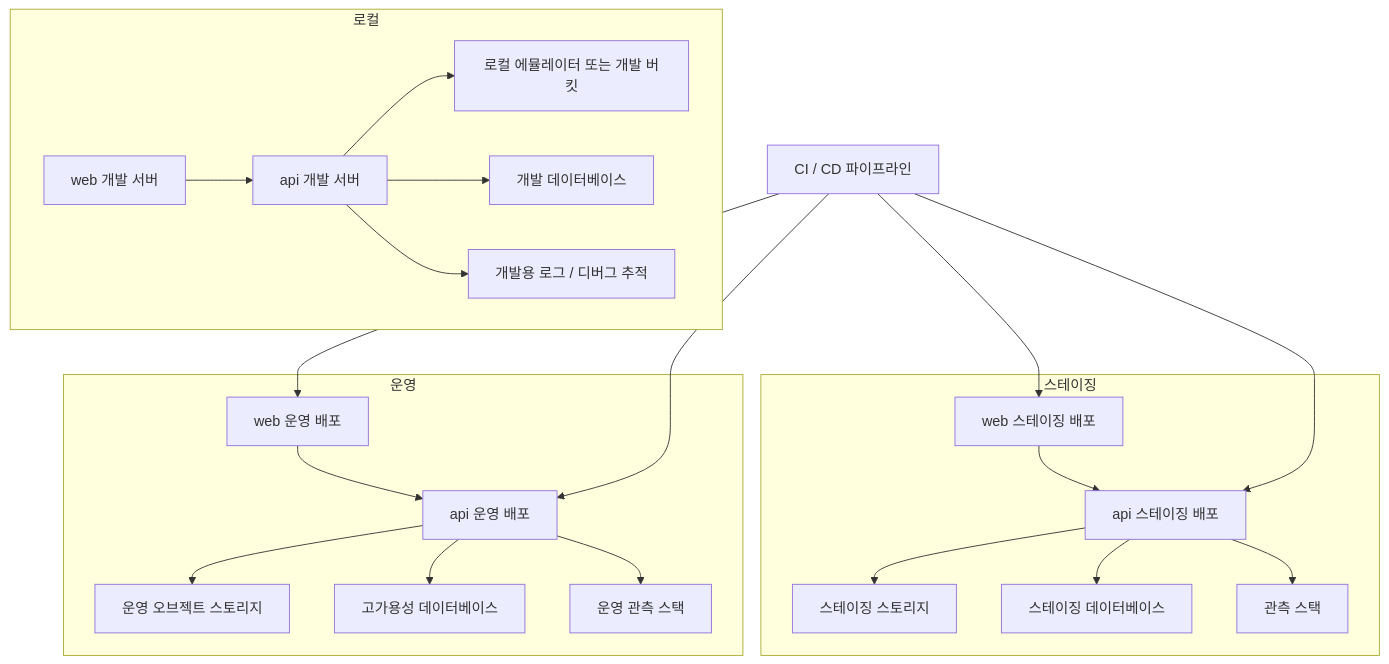
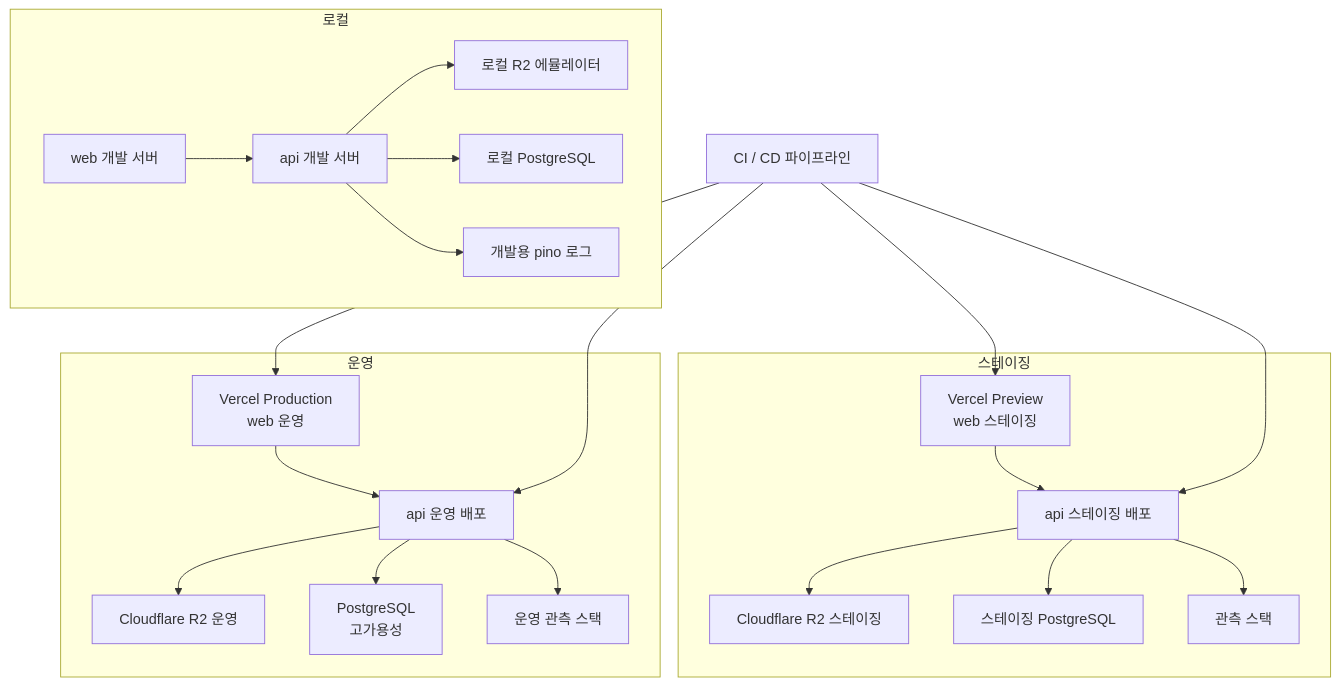
The diagram in docs/03-architecture/diagrams/deployment-topology.md (qaws7791/writing-app), drawn with Mermaid before and after one commit. The commit also changed 16 other files, not shown here.

Commit message:
architecture 문서 PRD 기준으로 업데이트

````diff
--- a/docs/03-architecture/diagrams/deployment-topology.md
+++ b/docs/03-architecture/diagrams/deployment-topology.md
@@ -10,45 +10,45 @@
 ```mermaid
 flowchart TB
     ci["CI / CD 파이프라인"]
 
     subgraph local["로컬"]
         localWeb["web 개발 서버"]
         localApi["api 개발 서버"]
-        localStorage["로컬 에뮬레이터 또는 개발 버킷"]
-        localDb["개발 데이터베이스"]
-        localObs["개발용 로그 / 디버그 추적"]
+        localStorage["로컬 R2 에뮬레이터"]
+        localDb["로컬 PostgreSQL"]
+        localObs["개발용 pino 로그"]
         localWeb --> localApi
         localApi --> localStorage
         localApi --> localDb
         localApi --> localObs
     end
 
     subgraph staging["스테이징"]
-        stagingWeb["web 스테이징 배포"]
+        stagingWeb["Vercel Preview<br/>web 스테이징"]
         stagingApi["api 스테이징 배포"]
-        stagingStorage["스테이징 스토리지"]
-        stagingDb["스테이징 데이터베이스"]
+        stagingStorage["Cloudflare R2 스테이징"]
+        stagingDb["스테이징 PostgreSQL"]
         stagingObs["관측 스택"]
         stagingWeb --> stagingApi
         stagingApi --> stagingStorage
         stagingApi --> stagingDb
         stagingApi --> stagingObs
     end
 
     subgraph production["운영"]
-        prodWeb["web 운영 배포"]
+        prodWeb["Vercel Production<br/>web 운영"]
         prodApi["api 운영 배포"]
-        prodStorage["운영 오브젝트 스토리지"]
-        prodDb["고가용성 데이터베이스"]
+        prodStorage["Cloudflare R2 운영"]
+        prodDb["PostgreSQL<br/>고가용성"]
         prodObs["운영 관측 스택"]
         prodWeb --> prodApi
         prodApi --> prodStorage
         prodApi --> prodDb
         prodApi --> prodObs
     end
 
     ci --> stagingWeb
     ci --> stagingApi
     ci --> prodWeb
     ci --> prodApi
 ```
````
